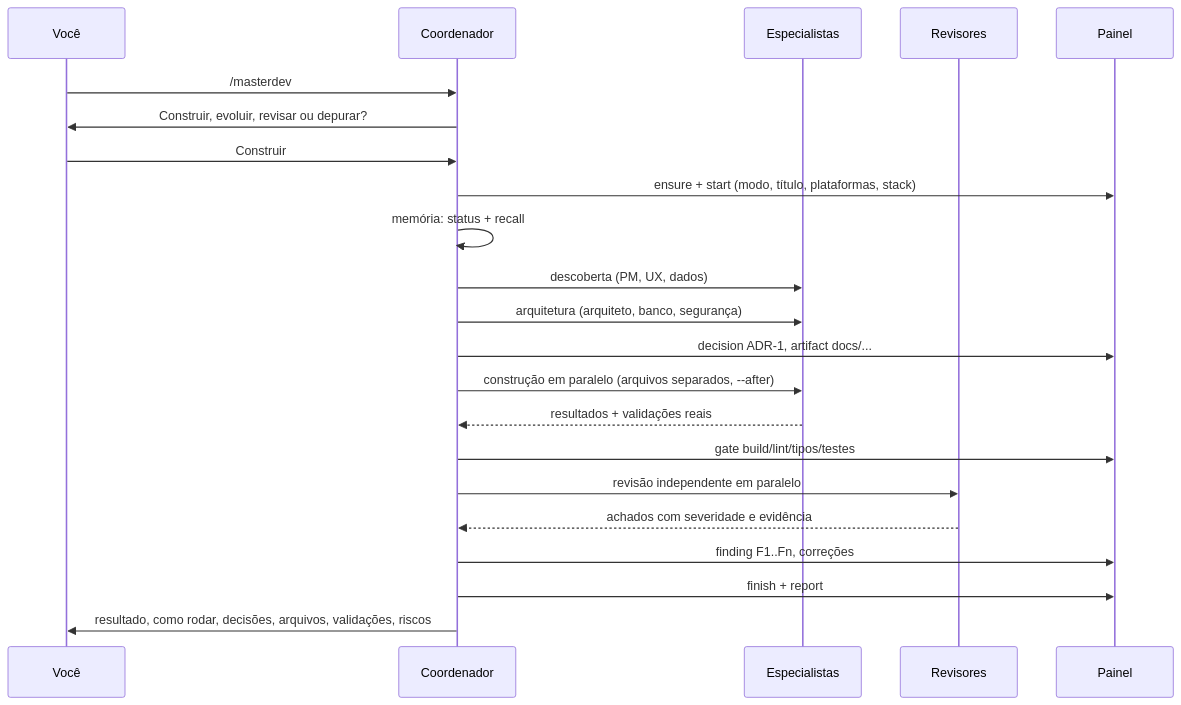
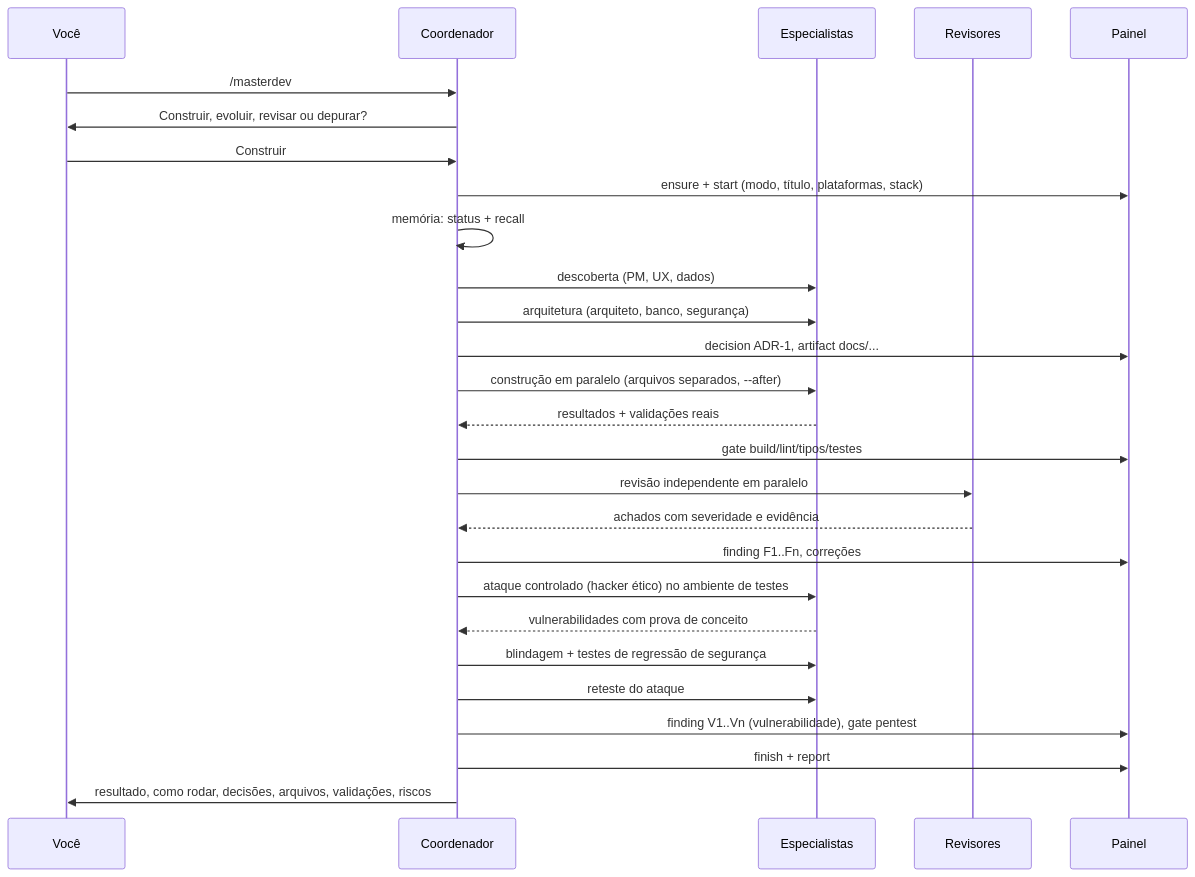
One commit to carlos-dataengineer/master-develops-software-app changed the second of 2 diagrams in docs/architecture.md. Above: the diagram before and after it, drawn with Mermaid. The commit also changed other lines of this file and 43 other files, not shown here.

First line of the commit message:
feat: squad Ataque & Blindagem e etapa final de segurança (v1.1.0)

````diff
--- a/docs/architecture.md
+++ b/docs/architecture.md
@@ -28,24 +29,29 @@
 ```mermaid
 sequenceDiagram
   participant O as Você
   participant C as Coordenador
   participant E as Especialistas
   participant R as Revisores
   participant P as Painel
   O->>C: /masterdev
   C->>O: Construir, evoluir, revisar ou depurar?
   O->>C: Construir
   C->>P: ensure + start (modo, título, plataformas, stack)
   C->>C: memória: status + recall
   C->>E: descoberta (PM, UX, dados)
   C->>E: arquitetura (arquiteto, banco, segurança)
   C->>P: decision ADR-1, artifact docs/...
   C->>E: construção em paralelo (arquivos separados, --after)
   E-->>C: resultados + validações reais
   C->>P: gate build/lint/tipos/testes
   C->>R: revisão independente em paralelo
   R-->>C: achados com severidade e evidência
   C->>P: finding F1..Fn, correções
+  C->>E: ataque controlado (hacker ético) no ambiente de testes
+  E-->>C: vulnerabilidades com prova de conceito
+  C->>E: blindagem + testes de regressão de segurança
+  C->>E: reteste do ataque
+  C->>P: finding V1..Vn (vulnerabilidade), gate pentest
   C->>P: finish + report
   C->>O: resultado, como rodar, decisões, arquivos, validações, riscos
 ```
````
